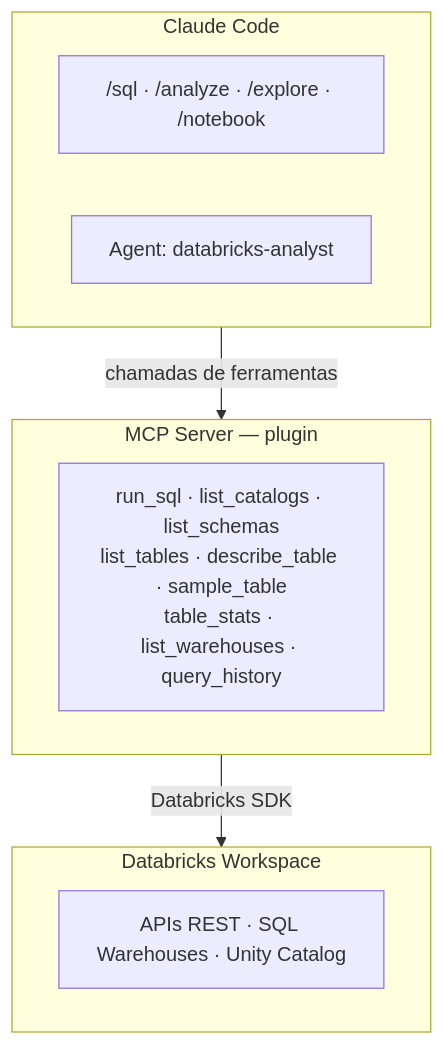
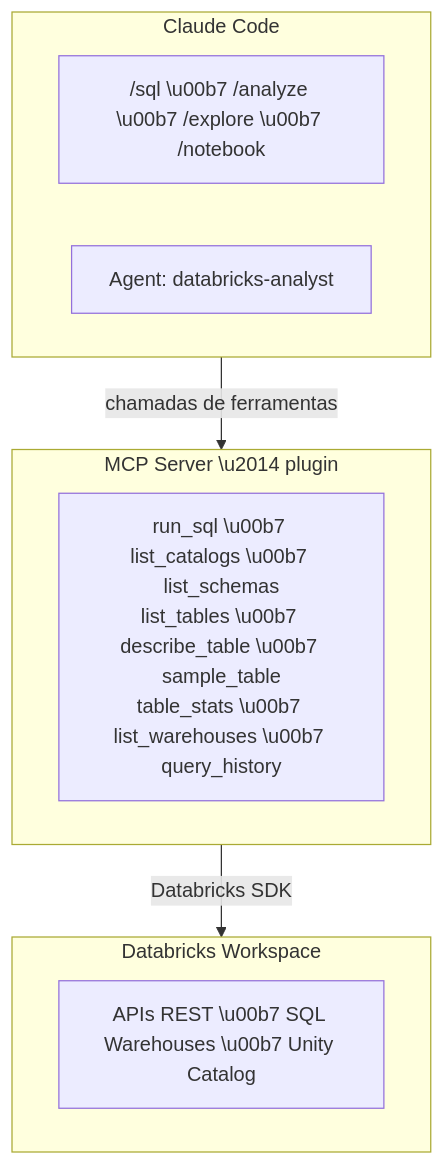
Before and after one commit to rasterxtech/databricks-mcp-toolkit: the diagram in README.md, drawn with Mermaid. The commit also changed other lines of this file, not shown here.

````diff
--- a/README.md
+++ b/README.md
@@ -62,18 +213,18 @@
 ```mermaid
 flowchart TD
   subgraph claude ["Claude Code"]
-    skills["/sql · /analyze · /explore · /notebook"]
+    skills["/sql \u00b7 /analyze \u00b7 /explore \u00b7 /notebook"]
     agent["Agent: databricks-analyst"]
   end
 
-  subgraph mcp ["MCP Server — plugin"]
-    tools["run_sql · list_catalogs · list_schemas\nlist_tables · describe_table · sample_table\ntable_stats · list_warehouses · query_history"]
+  subgraph mcp ["MCP Server \u2014 plugin"]
+    tools["run_sql \u00b7 list_catalogs \u00b7 list_schemas\nlist_tables \u00b7 describe_table \u00b7 sample_table\ntable_stats \u00b7 list_warehouses \u00b7 query_history"]
   end
 
   subgraph databricks ["Databricks Workspace"]
-    apis["APIs REST · SQL Warehouses · Unity Catalog"]
+    apis["APIs REST \u00b7 SQL Warehouses \u00b7 Unity Catalog"]
   end
 
   claude -- "chamadas de ferramentas" --> mcp
   mcp -- "Databricks SDK" --> databricks
 ```
````
